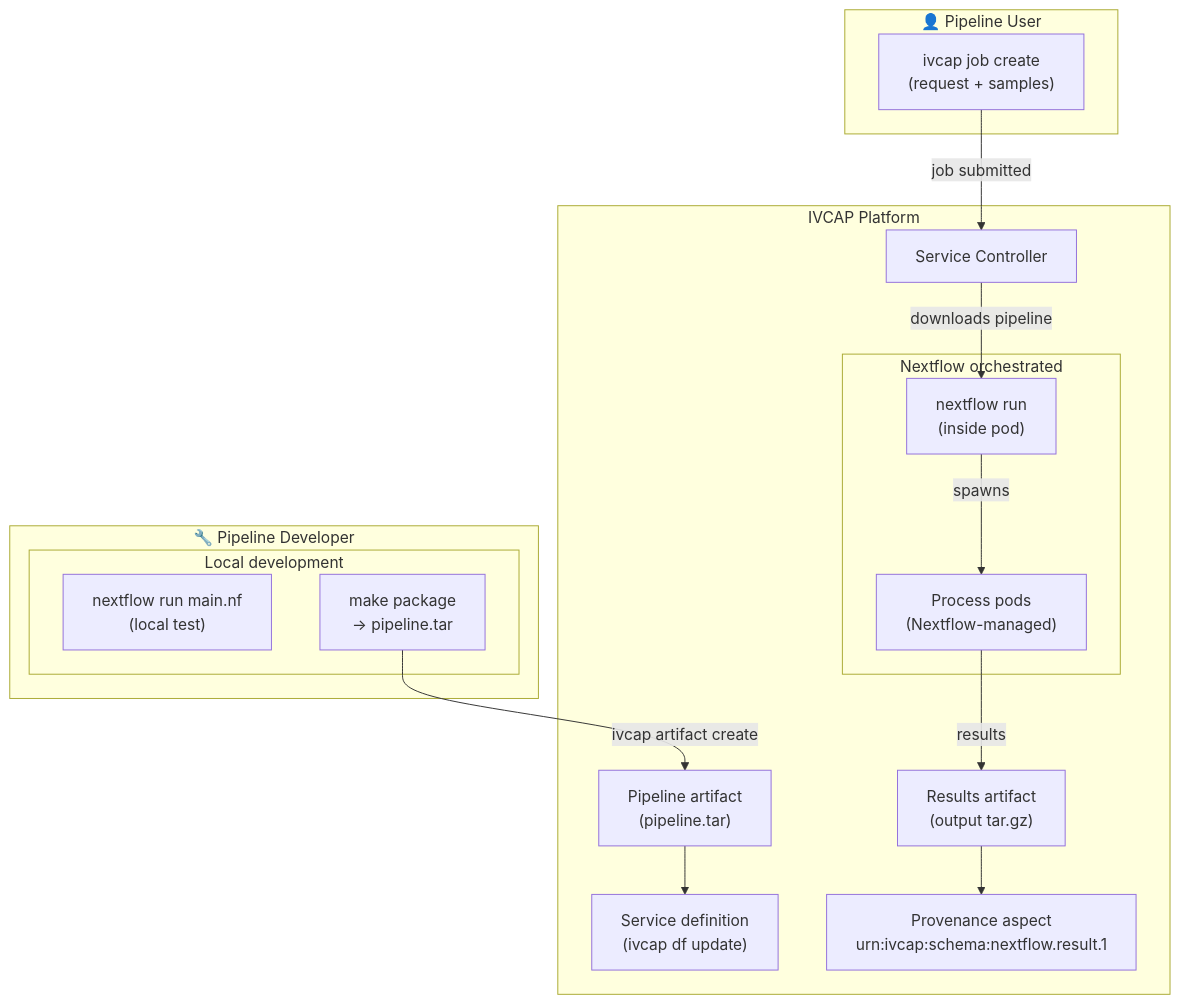
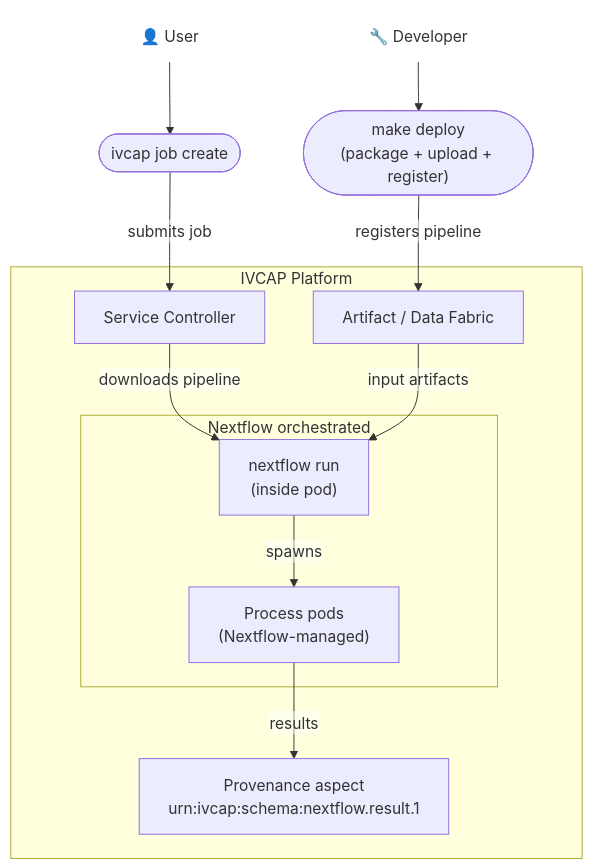
The first of 2 diagrams in docs/guides/nextflow/index.md (ivcap-works/ivcap-docs), drawn with Mermaid before and after one commit.

Commit message:
docs(nextflow): match Argo diagram style — nobox actor nodes, no wrapper subgraphs, Developer vs User

````diff
--- a/docs/guides/nextflow/index.md
+++ b/docs/guides/nextflow/index.md
@@ -50,34 +50,30 @@
 ```mermaid
+%%{init: {'themeVariables': {'edgeLabelBackground': '#ffffff00'}}}%%
 flowchart TD
-    subgraph Developer["🔧 Pipeline Developer"]
-        subgraph Local["Local development"]
-            NF["nextflow run main.nf\n(local test)"]
-            PKG["make package\n→ pipeline.tar"]
-        end
-    end
-
-    subgraph User["👤 Pipeline User"]
-        REQ["ivcap job create\n(request + samples)"]
-    end
+    ICON["👤 User"]:::nobox
+    JS(["ivcap job create"])
+    ICON2["🔧 Developer"]:::nobox
+    JS2(["make deploy\n(package + upload + register)"])
 
     subgraph IVCAP["IVCAP Platform"]
-        ART["Pipeline artifact\n(pipeline.tar)"]
-        SVC["Service definition\n(ivcap df update)"]
-        CTL["Service Controller"]
-        RES["Results artifact\n(output tar.gz)"]
-        PRV["Provenance aspect\nurn:ivcap:schema:nextflow.result.1"]
+        AC["Service Controller"]
+        AR["Artifact / Data Fabric"]
+        RES["Provenance aspect\nurn:ivcap:schema:nextflow.result.1"]
 
         subgraph NFO["Nextflow orchestrated"]
             RUN["nextflow run\n(inside pod)"]
             PROC["Process pods\n(Nextflow-managed)"]
         end
     end
 
-    PKG -->|ivcap artifact create| ART
-    ART --> SVC
-    REQ -->|job submitted| CTL
-    CTL -->|downloads pipeline| RUN
+    ICON --> JS
+    JS -->|submits job| AC
+    ICON2 --> JS2
+    JS2 -->|registers pipeline| AR
+    AC -->|downloads pipeline| RUN
+    AR -->|input artifacts| RUN
     RUN -->|spawns| PROC
     PROC -->|results| RES
-    RES --> PRV
+
+    classDef nobox fill:none,stroke:none
 ```
````
